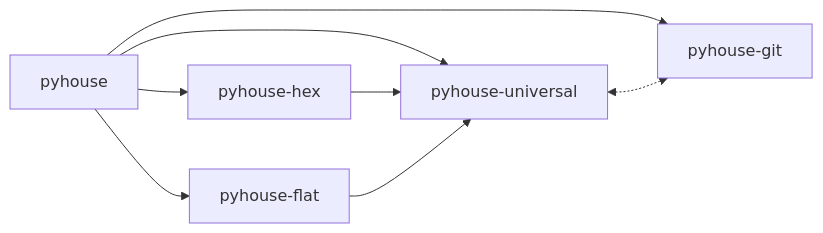
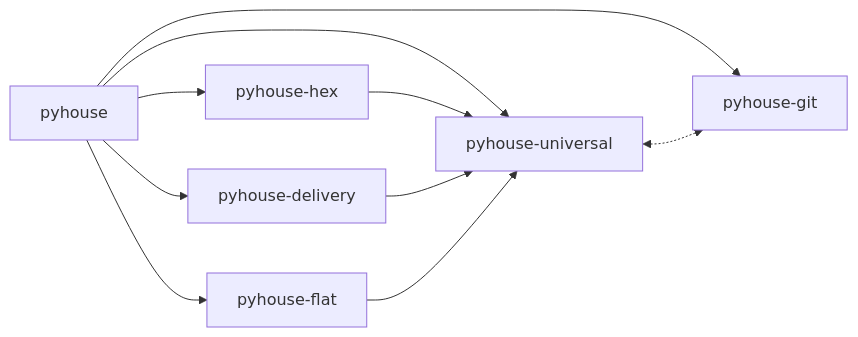
Before and after one commit to wntic/pyhouse: the diagram in README.md, drawn with Mermaid. The commit also changed other lines of this file and 11 other files, not shown here.

````diff
--- a/README.md
+++ b/README.md
@@ -30,10 +31,12 @@
 ```mermaid
 flowchart LR
     pyhouse["pyhouse"] --> universal["pyhouse-universal"]
     pyhouse --> hex["pyhouse-hex"]
     pyhouse --> flat["pyhouse-flat"]
     pyhouse --> git["pyhouse-git"]
+    pyhouse --> delivery["pyhouse-delivery"]
     hex --> universal
+    delivery --> universal
     flat --> universal
     universal <-.-> git
 ```
````
